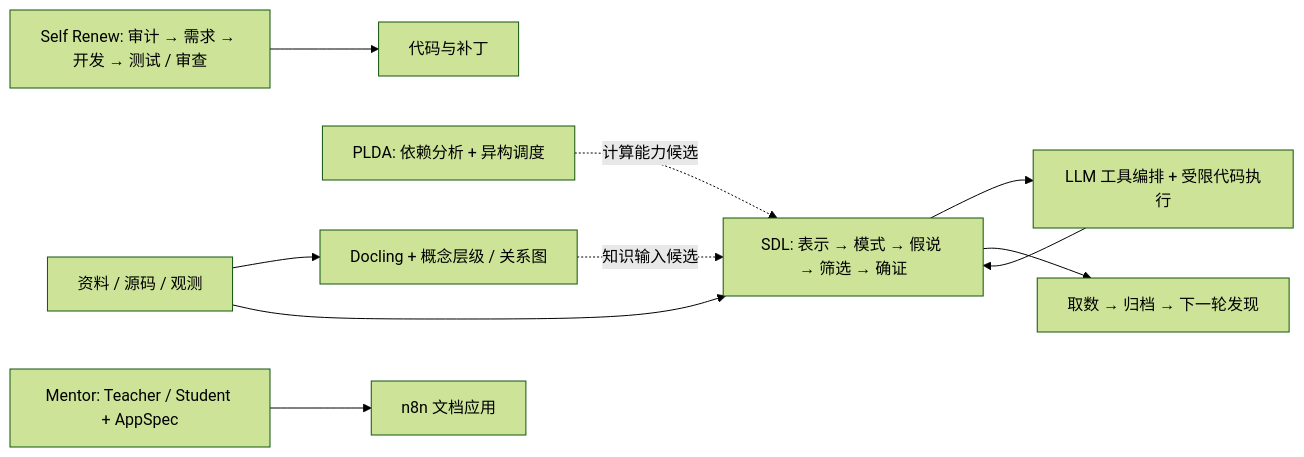
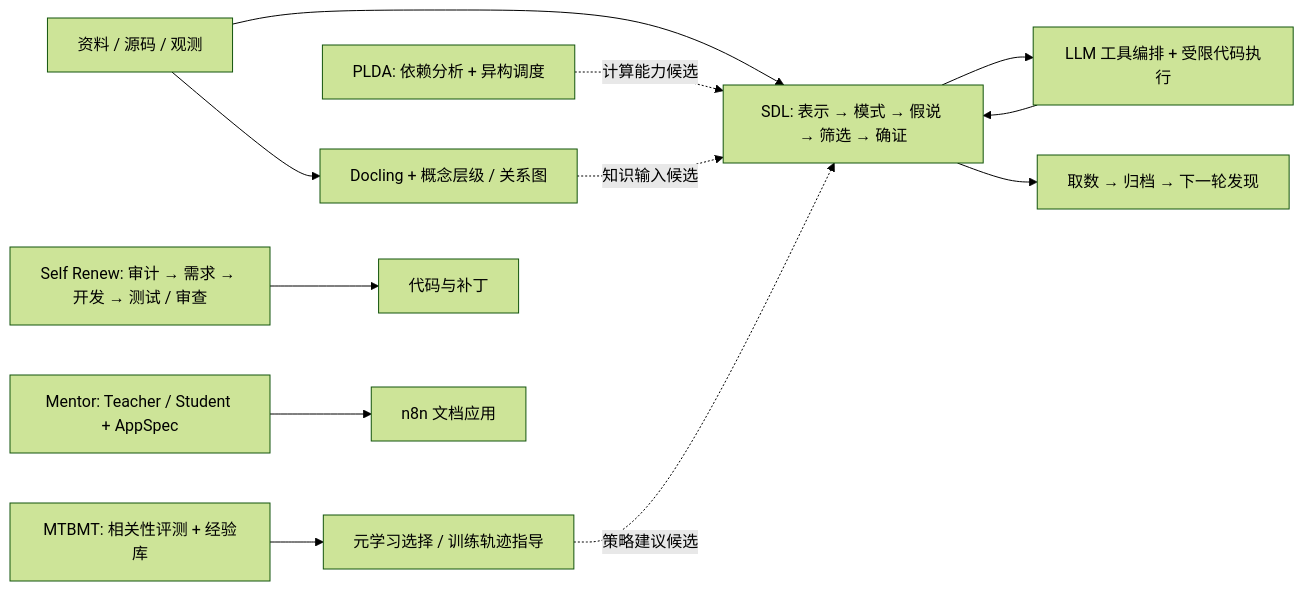
One commit to Vuiora/OGv01 changed the diagram in README.md. Above: the diagram before and after it, drawn with Mermaid (forest theme). The commit also changed other lines of this file and 6 other files, not shown here.

````diff
--- a/README.md
+++ b/README.md
@@ -9,12 +9,14 @@
 ```mermaid
 flowchart LR
   D[资料 / 源码 / 观测] --> K[Docling + 概念层级 / 关系图]
   D --> S[SDL: 表示 → 模式 → 假说 → 筛选 → 确证]
   S --> L[LLM 工具编排 + 受限代码执行]
   L --> S
   P[PLDA: 依赖分析 + 异构调度] -. 计算能力候选 .-> S
   K -. 知识输入候选 .-> S
   S --> A[取数 → 归档 → 下一轮发现]
+  T[MTBMT: 相关性评测 + 经验库] --> O[元学习选择 / 训练轨迹指导]
+  O -. 策略建议候选 .-> S
   R[Self Renew: 审计 → 需求 → 开发 → 测试 / 审查] --> C[代码与补丁]
   M[Mentor: Teacher / Student + AppSpec] --> W[n8n 文档应用]
 ```
````
